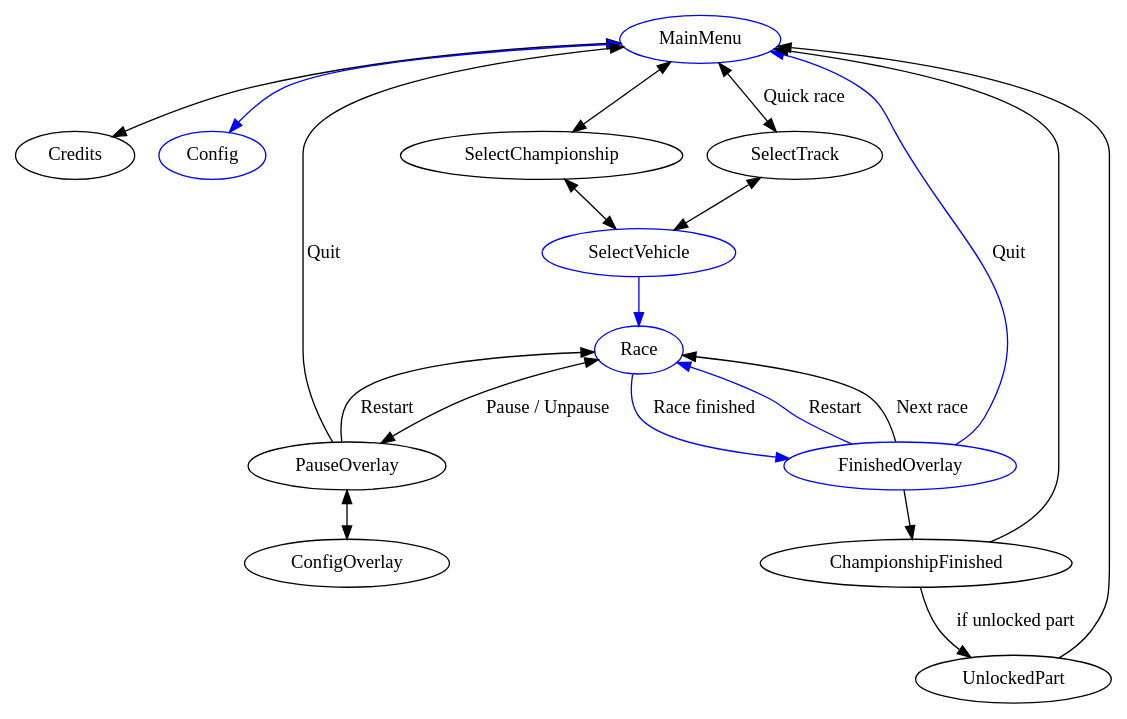
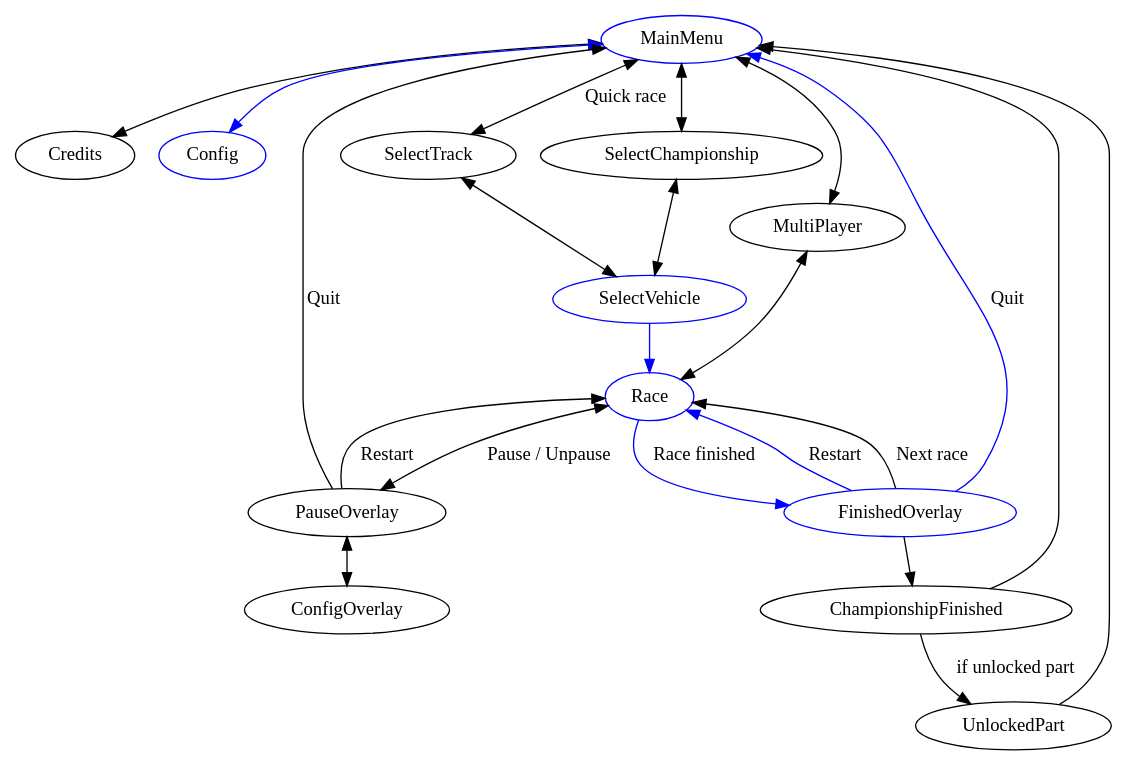
Before and after one commit to agateau/pixelwheels: the diagram in doc/screens.dot, drawn with Graphviz.

Commit message:
screens.dot: Add MultiPlayer

```diff
--- a/doc/screens.dot
+++ b/doc/screens.dot
@@ -1,46 +1,49 @@
 digraph {
     MainMenu[color=blue];
 
     Credits;
     Config[color=blue];
     SelectChampionship;
     SelectTrack;
 
     MainMenu -> Credits [dir=both];
 
     MainMenu -> Config [dir=both color=blue];
 
     MainMenu -> SelectChampionship [dir=both];
 
     MainMenu -> SelectTrack [dir=both, label="Quick race"];
+
+    MainMenu -> MultiPlayer [dir=both];
+    MultiPlayer -> Race [dir=both];
 
     SelectVehicle[color=blue];
     SelectChampionship -> SelectVehicle [dir=both];
     SelectTrack -> SelectVehicle [dir=both];
 
     Race[color=blue];
     SelectVehicle -> Race [color=blue];
 
     PauseOverlay;
     Race -> PauseOverlay [dir=both label="Pause / Unpause"];
     PauseOverlay -> Race [label="Restart"];
     PauseOverlay -> MainMenu [label="Quit"];
 
     ConfigOverlay;
     PauseOverlay -> ConfigOverlay [dir=both];
 
     FinishedOverlay[color=blue];
     Race -> FinishedOverlay [color=blue label="Race finished"];
     FinishedOverlay -> Race [color=blue label="Restart"];
     FinishedOverlay -> Race [label="Next race"];
     FinishedOverlay -> MainMenu [color=blue label="Quit"];
 
     ChampionshipFinished;
     FinishedOverlay -> ChampionshipFinished;
 
     ChampionshipFinished -> MainMenu;
 
     UnlockedPart;
     ChampionshipFinished -> UnlockedPart[label="if unlocked part"];
     UnlockedPart -> MainMenu;
 }
```
